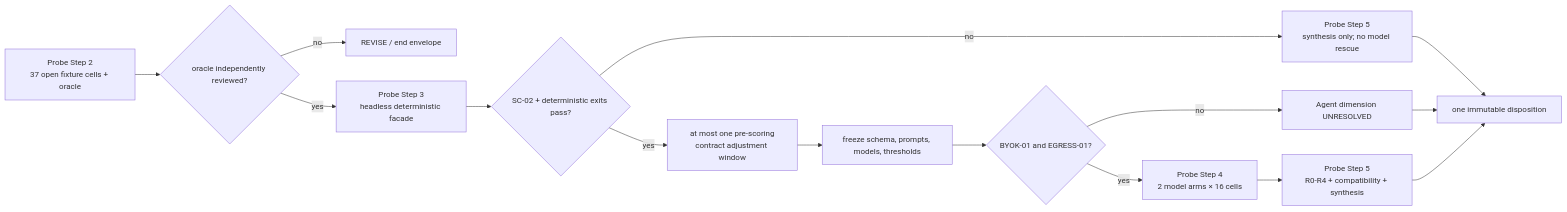
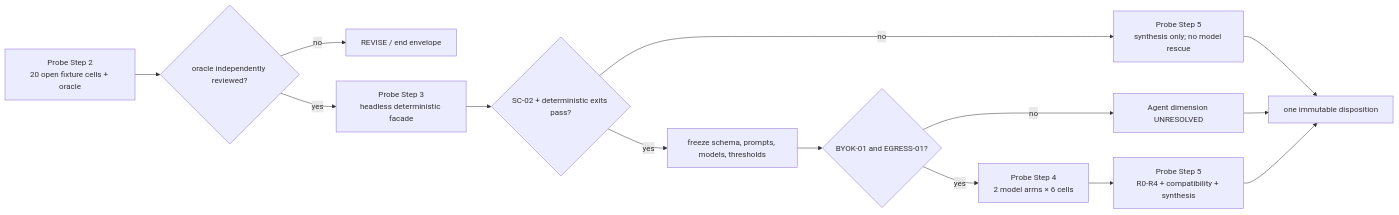
One commit to Symbolic-Intelligence-Org/factgraph changed the diagram in workflow/blueprints/active/2026-08-11_meander-agent-query-validation-vertical-probe.md. Above: the diagram before and after it, drawn with Mermaid. The commit also changed other lines of this file and 1 other file, not shown here.

Commit message:
docs: narrow vertical probe to kill-first envelope

````diff
--- a/workflow/blueprints/active/2026-08-11_meander-agent-query-validation-vertical-probe.md
+++ b/workflow/blueprints/active/2026-08-11_meander-agent-query-validation-vertical-probe.md
@@ -151,17 +151,16 @@
 ```mermaid
 flowchart LR
-  S2["Probe Step 2\n37 open fixture cells + oracle"] --> G2{"oracle independently reviewed?"}
+  S2["Probe Step 2\n20 open fixture cells + oracle"] --> G2{"oracle independently reviewed?"}
   G2 -- "no" --> END1["REVISE / end envelope"]
   G2 -- "yes" --> S3["Probe Step 3\nheadless deterministic facade"]
   S3 --> G3{"SC-02 + deterministic exits pass?"}
   G3 -- "no" --> S5A["Probe Step 5\nsynthesis only; no model rescue"]
-  G3 -- "yes" --> W["at most one pre-scoring\ncontract adjustment window"]
-  W --> F["freeze schema, prompts, models, thresholds"]
+  G3 -- "yes" --> F["freeze schema, prompts, models, thresholds"]
   F --> A1{"BYOK-01 and EGRESS-01?"}
   A1 -- "no" --> S5B["Agent dimension UNRESOLVED"]
-  A1 -- "yes" --> S4["Probe Step 4\n2 model arms × 16 cells"]
+  A1 -- "yes" --> S4["Probe Step 4\n2 model arms × 6 cells"]
   S4 --> S5["Probe Step 5\nR0-R4 + compatibility + synthesis"]
   S5A --> D["one immutable disposition"]
   S5B --> D
   S5 --> D
 ```
````
